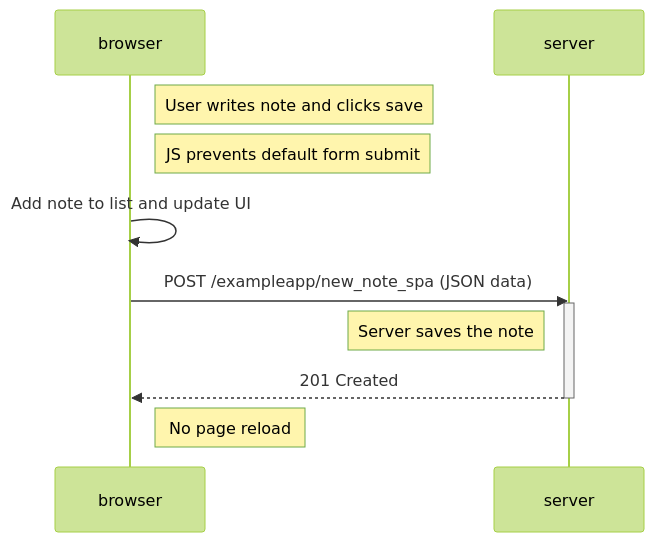
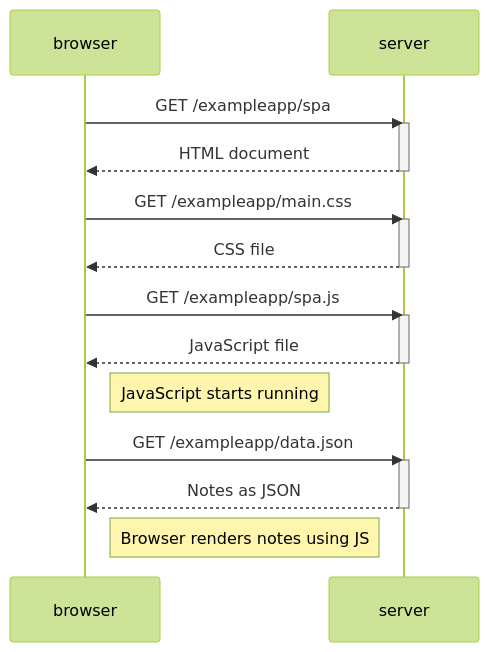
The diagram in osa0/tehtava0.5.md (Ridas83/fullstack-open-2026), drawn with Mermaid (forest theme) before and after one commit.

````diff
--- a/osa0/tehtava0.5.md
+++ b/osa0/tehtava0.5.md
@@ -1,19 +1,29 @@
 ```mermaid
 sequenceDiagram
     participant browser
     participant server
 
-    Note right of browser: User writes note and clicks save
-
-    Note right of browser: JS prevents default form submit
-
-    browser->>browser: Add note to list and update UI
-
-    browser->>server: POST /exampleapp/new_note_spa (JSON data)
+    browser->>server: GET /exampleapp/spa
     activate server
-    Note left of server: Server saves the note
-    server-->>browser: 201 Created
+    server-->>browser: HTML document
     deactivate server
 
-    Note right of browser: No page reload
+    browser->>server: GET /exampleapp/main.css
+    activate server
+    server-->>browser: CSS file
+    deactivate server
+
+    browser->>server: GET /exampleapp/spa.js
+    activate server
+    server-->>browser: JavaScript file
+    deactivate server
+
+    Note right of browser: JavaScript starts running
+
+    browser->>server: GET /exampleapp/data.json
+    activate server
+    server-->>browser: Notes as JSON
+    deactivate server
+
+    Note right of browser: Browser renders notes using JS
 ```
````
